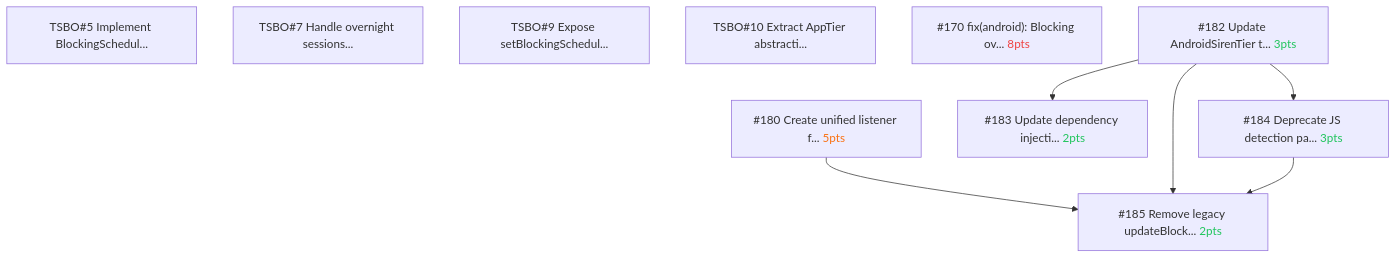
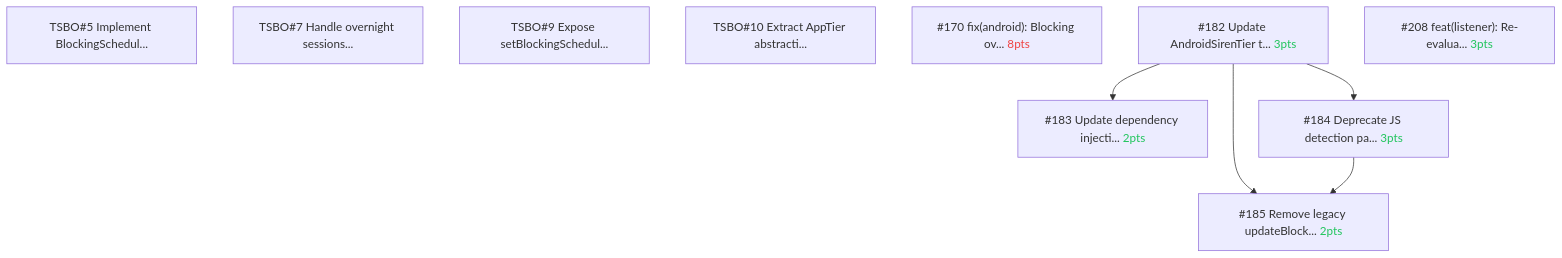
The second of 3 diagrams in docs/dependency-graph.md (amehmeto/TiedSiren51), drawn with Mermaid before and after one commit. The commit also changed other lines of this file and 3 other files, not shown here.

First line of the commit message:
refactor(tooling): improve dependency graph code quality

````diff
--- a/docs/dependency-graph.md
+++ b/docs/dependency-graph.md
@@ -198,19 +191,18 @@
 ```mermaid
 flowchart TD
     F_TSBO_5["TSBO#5 Implement BlockingSchedul..."]
     F_TSBO_7["TSBO#7 Handle overnight sessions..."]
     F_TSBO_9["TSBO#9 Expose setBlockingSchedul..."]
     F_TSBO_10["TSBO#10 Extract AppTier abstracti..."]
     F_TS_170["#170 fix(android): Blocking ov... <span style='color:#ef4444'>8pts</span>"]
-    F_TS_180["#180 Create unified listener f... <span style='color:#f97316'>5pts</span>"]
     F_TS_182["#182 Update AndroidSirenTier t... <span style='color:#22c55e'>3pts</span>"]
     F_TS_183["#183 Update dependency injecti... <span style='color:#22c55e'>2pts</span>"]
     F_TS_184["#184 Deprecate JS detection pa... <span style='color:#22c55e'>3pts</span>"]
     F_TS_185["#185 Remove legacy updateBlock... <span style='color:#22c55e'>2pts</span>"]
+    F_TS_208["#208 feat(listener): Re-evalua... <span style='color:#22c55e'>3pts</span>"]
 
     F_TS_182 --> F_TS_183
     F_TS_182 --> F_TS_184
-    F_TS_180 --> F_TS_185
     F_TS_182 --> F_TS_185
     F_TS_184 --> F_TS_185
 ```
````
